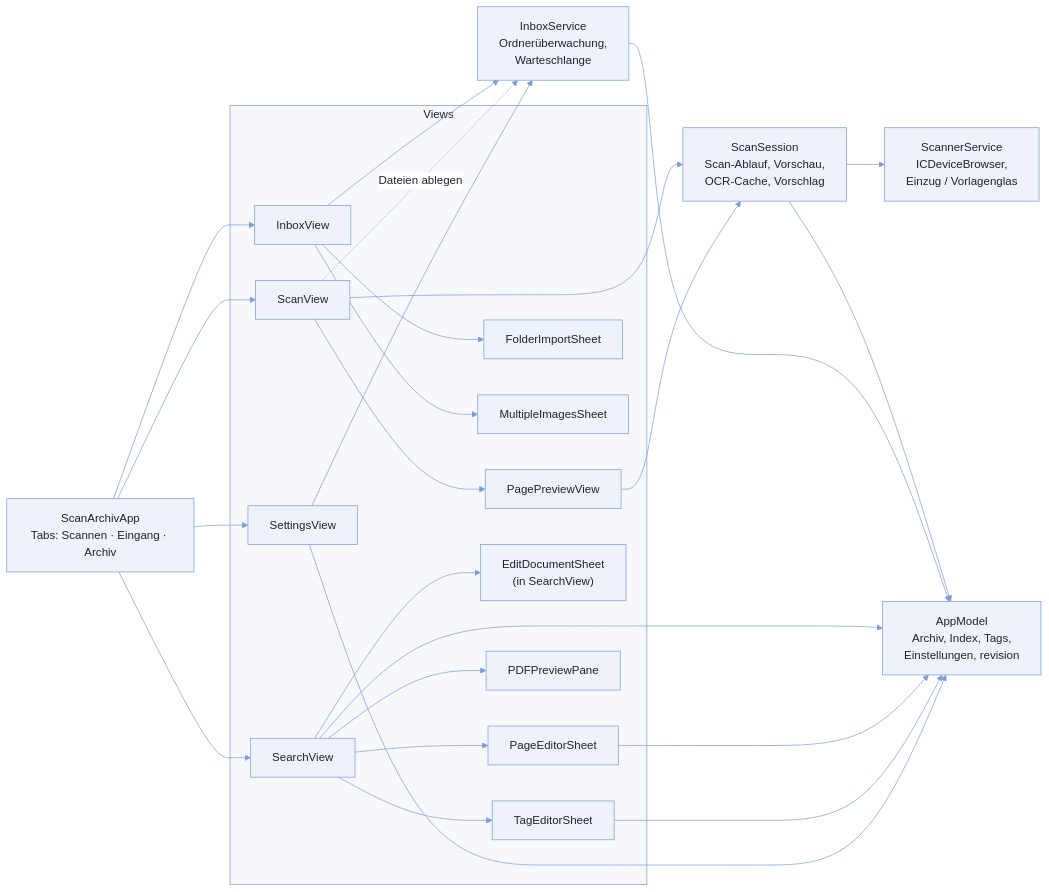
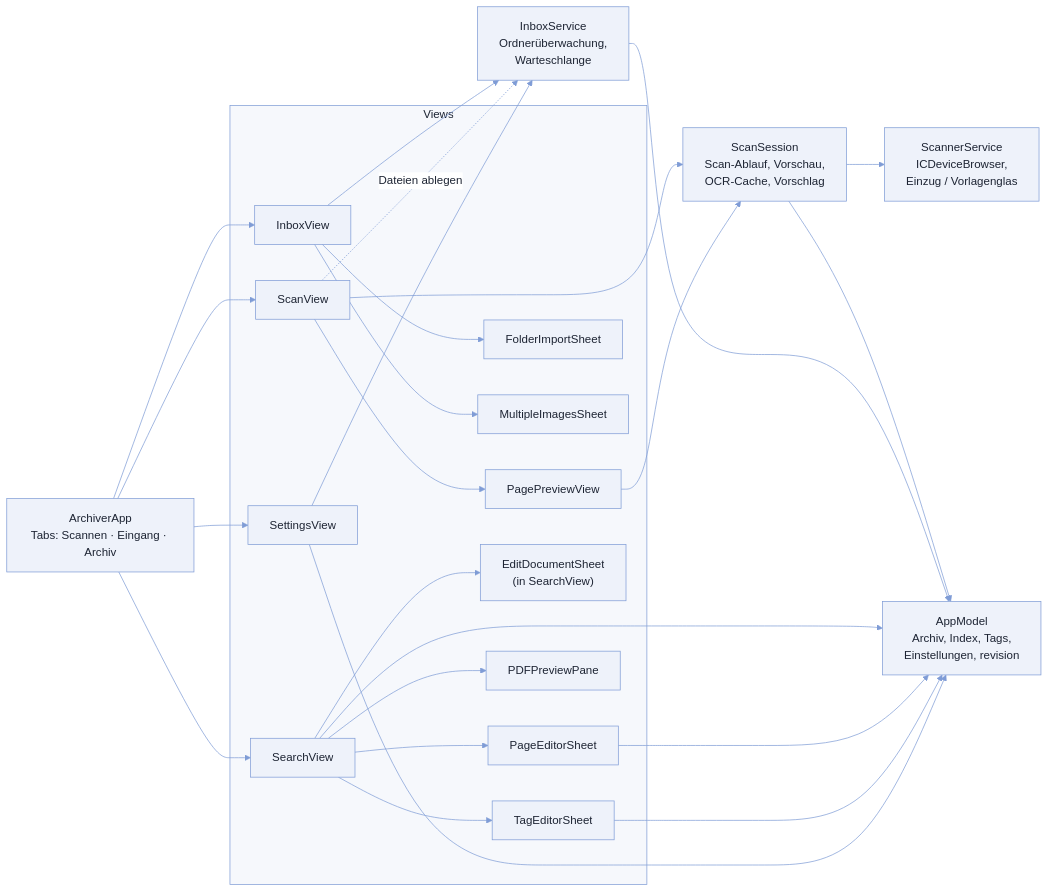
The second of 14 diagrams in docs/ARCHITEKTUR.md (maziac/the-archiver-src), drawn with Mermaid before and after one commit. The commit also changed other lines of this file and 128 other files, not shown here.

````diff
--- a/docs/ARCHITEKTUR.md
+++ b/docs/ARCHITEKTUR.md
@@ -74,40 +74,40 @@
 ```mermaid
 %%{init: {"theme": "base", "themeVariables": {"lineColor": "#7f9cd6", "primaryColor": "#eef2fa", "primaryTextColor": "#1d2433", "primaryBorderColor": "#7f9cd6", "secondaryColor": "#f3f0fa", "tertiaryColor": "#f6f8fc", "clusterBkg": "#f6f8fc", "clusterBorder": "#7f9cd6", "titleColor": "#1d2433", "edgeLabelBackground": "#ffffff", "textColor": "#1d2433", "signalColor": "#7f9cd6", "signalTextColor": "#7f9cd6", "actorBkg": "#eef2fa", "actorBorder": "#7f9cd6", "actorTextColor": "#1d2433", "actorLineColor": "#7f9cd6", "labelBoxBkgColor": "#eef2fa", "labelTextColor": "#1d2433", "loopTextColor": "#7f9cd6", "noteBkgColor": "#fff7d6", "noteTextColor": "#1d2433"}, "themeCSS": ".flowchart-link, .messageLine0, .messageLine1, .actor-line { stroke-width: 2px !important; }"}}%%
 flowchart LR
-    App["ScanArchivApp<br/>Tabs: Scannen · Eingang · Archiv"]
+    App["ArchiverApp<br/>Tabs: Scannen · Eingang · Archiv"]
 
     subgraph Views
         ScanView
         PagePreviewView
         InboxView
         FolderImportSheet
         MultipleImagesSheet
         SearchView
         TagEditorSheet
         EditDocumentSheet["EditDocumentSheet<br/>(in SearchView)"]
         PageEditorSheet
         PDFPreviewPane
         SettingsView
     end
 
     AppModel["AppModel<br/>Archiv, Index, Tags,<br/>Einstellungen, revision"]
     ScanSession["ScanSession<br/>Scan-Ablauf, Vorschau,<br/>OCR-Cache, Vorschlag"]
     ScannerService["ScannerService<br/>ICDeviceBrowser,<br/>Einzug / Vorlagenglas"]
     InboxService["InboxService<br/>Ordnerüberwachung,<br/>Warteschlange"]
 
     App --> ScanView & InboxView & SearchView & SettingsView
     ScanView --> PagePreviewView
     ScanView --> ScanSession
     PagePreviewView --> ScanSession
     ScanSession --> ScannerService
     ScanSession --> AppModel
     InboxView --> InboxService
     InboxView --> FolderImportSheet & MultipleImagesSheet
     ScanView -. "Dateien ablegen" .-> InboxService
     InboxService --> AppModel
     SearchView --> AppModel
     SearchView --> PDFPreviewPane & TagEditorSheet & EditDocumentSheet & PageEditorSheet
     PageEditorSheet --> AppModel
     TagEditorSheet --> AppModel
     SettingsView --> AppModel & InboxService
 ```
````
